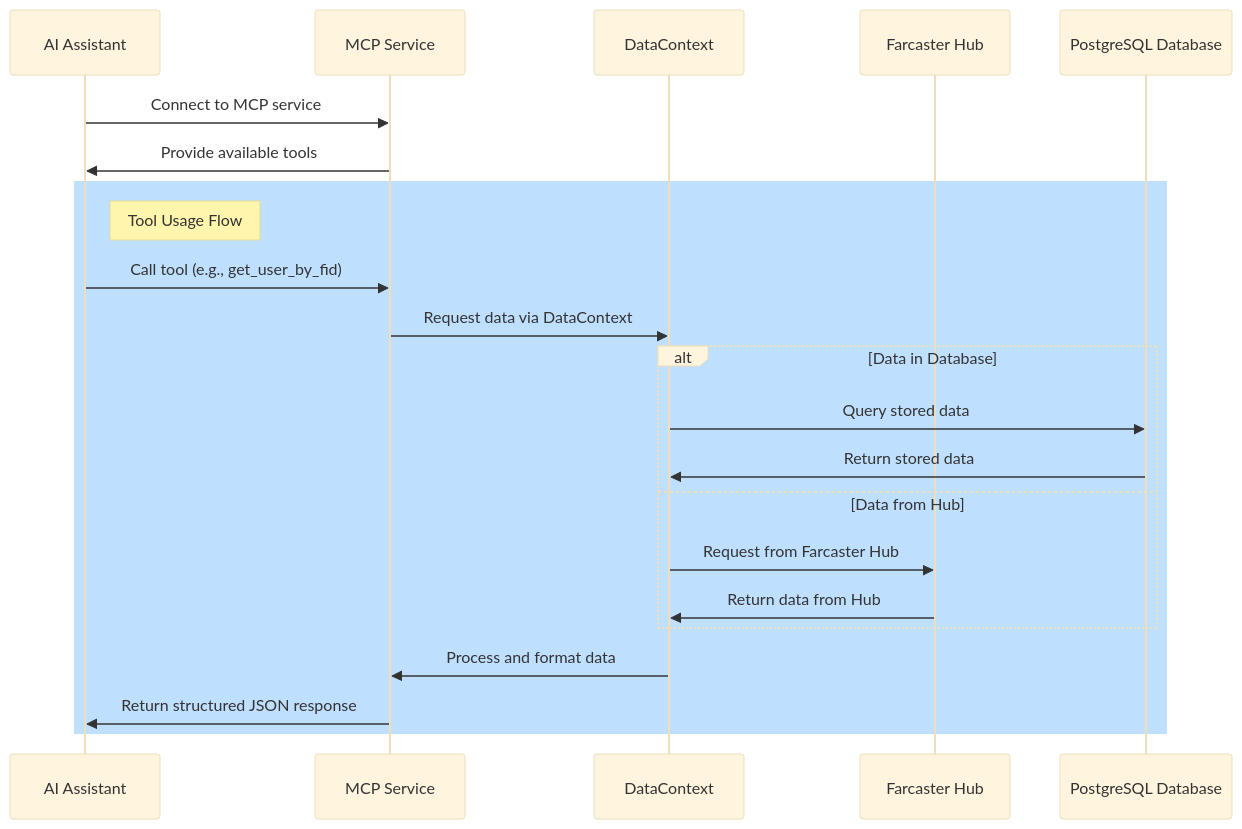
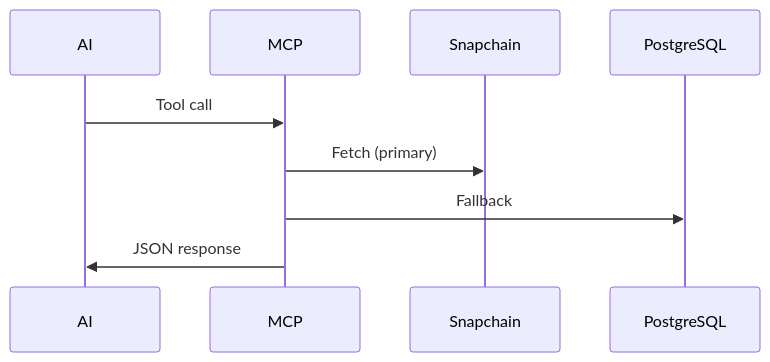
Before and after one commit to officialunofficial/waypoint: the third of 3 diagrams in docs/architecture.md, drawn with Mermaid. The commit also changed other lines of this file and 21 other files, not shown here.

````diff
--- a/docs/architecture.md
+++ b/docs/architecture.md
@@ -249,32 +54,12 @@
 ```mermaid
-%%{init: {'theme': 'base', 'themeVariables': { 'background': '#f5f5f5' }}}%%
 sequenceDiagram
-    participant AI as AI Assistant
-    participant MCP as MCP Service
-    participant DC as DataContext
-    participant Hub as Farcaster Hub
-    participant DB as PostgreSQL Database
+    participant AI
+    participant MCP
+    participant Hub as Snapchain
+    participant DB as PostgreSQL
 
-    AI->>MCP: Connect to MCP service
-    MCP->>AI: Provide available tools
-
-    rect rgb(191, 223, 255)
-    note right of AI: Tool Usage Flow
-    
-    AI->>MCP: Call tool (e.g., get_user_by_fid)
-    
-    MCP->>DC: Request data via DataContext
-    
-    alt Data in Database
-        DC->>DB: Query stored data
-        DB->>DC: Return stored data
-    else Data from Hub
-        DC->>Hub: Request from Farcaster Hub
-        Hub->>DC: Return data from Hub
-    end
-    
-    DC->>MCP: Process and format data
-    MCP->>AI: Return structured JSON response
-    
-    end
+    AI->>MCP: Tool call
+    MCP->>Hub: Fetch (primary)
+    MCP->>DB: Fallback
+    MCP->>AI: JSON response
 ```
````
